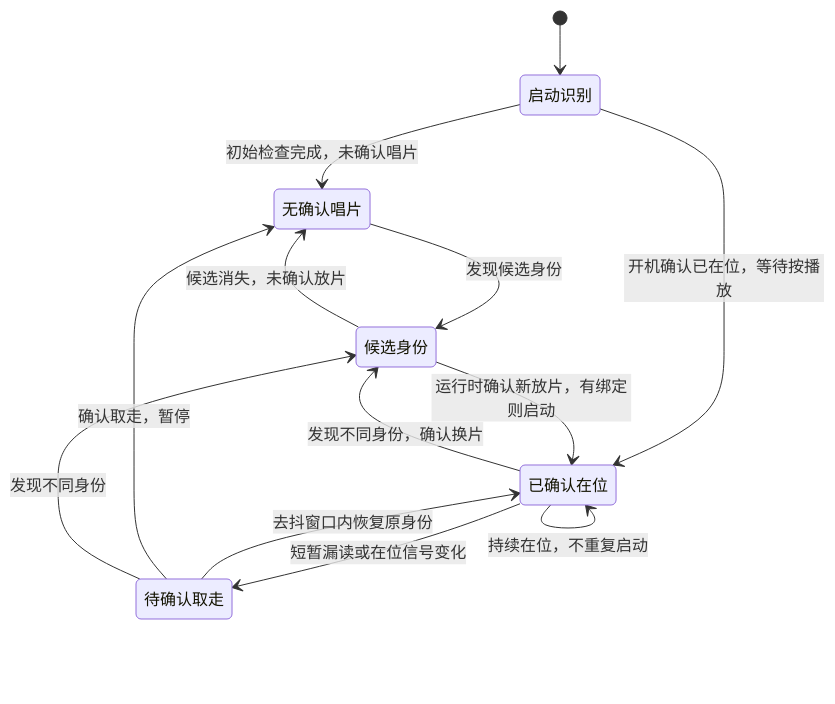
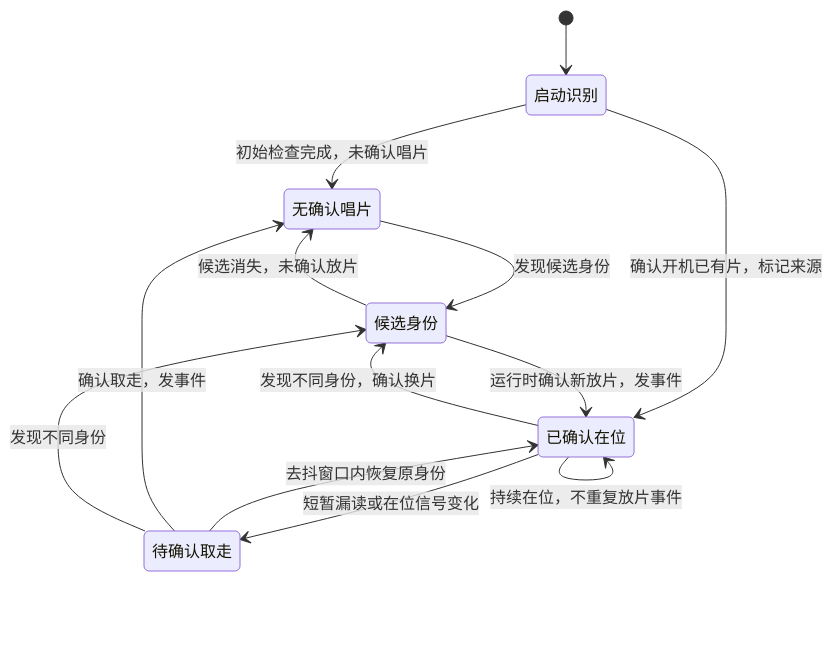
The first of 4 diagrams in features/records/README.md (yigencong-1/record-companion), drawn with Mermaid before and after one commit. The commit also changed other lines of this file and 17 other files, not shown here.

````diff
--- a/features/records/README.md
+++ b/features/records/README.md
@@ -20,20 +72,20 @@
 ```mermaid
 stateDiagram-v2
     state "启动识别" as Boot
     state "无确认唱片" as Empty
     state "候选身份" as PresentCandidate
     state "已确认在位" as InPlace
     state "待确认取走" as RemovalCandidate
     [*] --> Boot
     Boot --> Empty: 初始检查完成，未确认唱片
-    Boot --> InPlace: 开机确认已在位，等待按播放
+    Boot --> InPlace: 确认开机已有片，标记来源
     Empty --> PresentCandidate: 发现候选身份
-    PresentCandidate --> InPlace: 运行时确认新放片，有绑定则启动
+    PresentCandidate --> InPlace: 运行时确认新放片，发事件
     PresentCandidate --> Empty: 候选消失，未确认放片
-    InPlace --> InPlace: 持续在位，不重复启动
+    InPlace --> InPlace: 持续在位，不重复放片事件
     InPlace --> RemovalCandidate: 短暂漏读或在位信号变化
     RemovalCandidate --> InPlace: 去抖窗口内恢复原身份
-    RemovalCandidate --> Empty: 确认取走，暂停
+    RemovalCandidate --> Empty: 确认取走，发事件
     InPlace --> PresentCandidate: 发现不同身份，确认换片
     RemovalCandidate --> PresentCandidate: 发现不同身份
 ```
````
